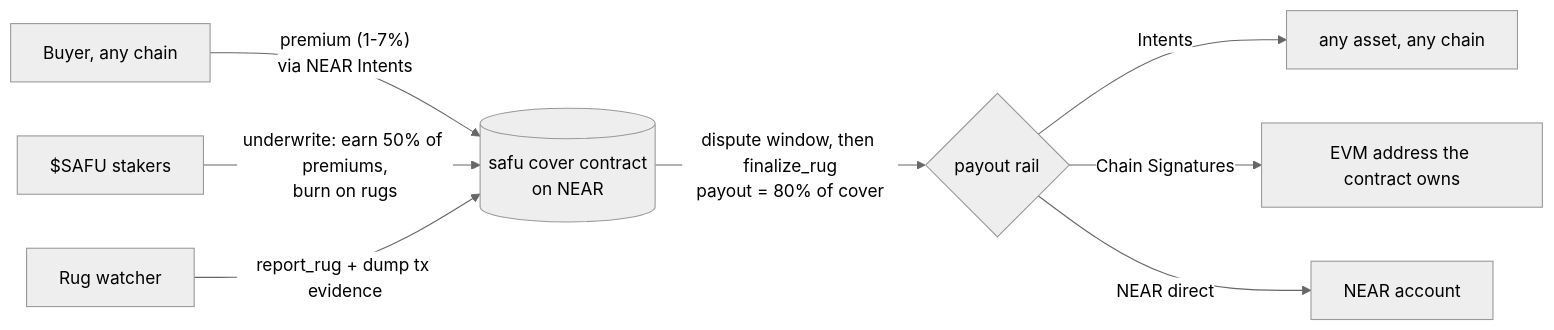
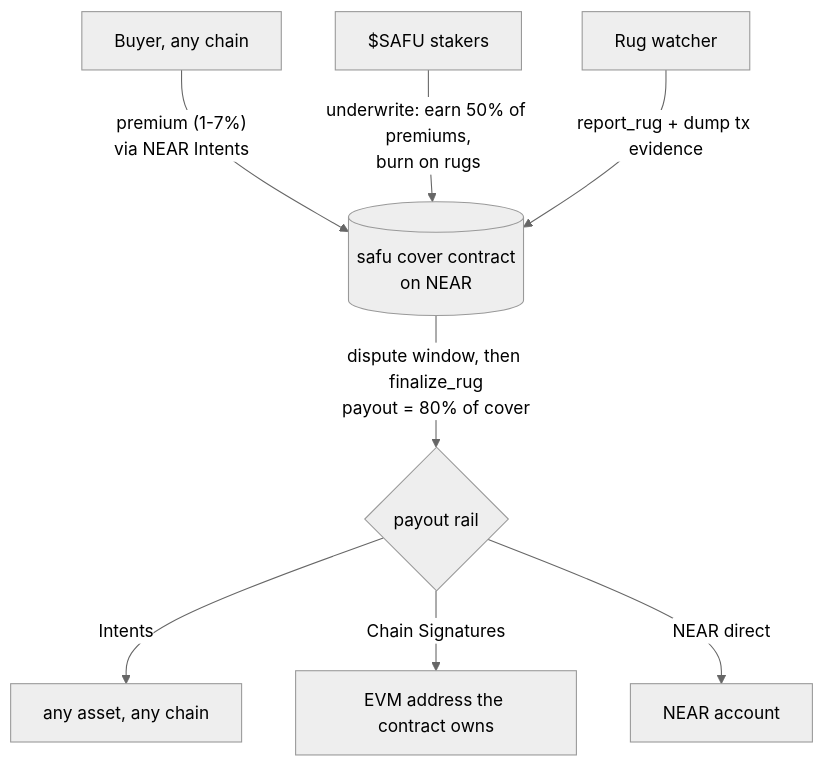
Before and after one commit to arko05roy/safu.fun: the diagram in README.md, drawn with Mermaid (neutral theme).

Commit message:
README: lay the How it works diagram out top to bottom so it reads at full size

````diff
--- a/README.md
+++ b/README.md
@@ -84,10 +84,10 @@
 ```mermaid
-flowchart LR
+flowchart TB
   B["Buyer, any chain"] -- "premium (1-7%)<br/>via NEAR Intents" --> C[("safu cover contract<br/>on NEAR")]
   S["$SAFU stakers"] -- "underwrite: earn 50% of premiums,<br/>burn on rugs" --> C
   W["Rug watcher"] -- "report_rug + dump tx evidence" --> C
   C -- "dispute window, then finalize_rug<br/>payout = 80% of cover" --> R{"payout rail"}
   R -- "Intents" --> X["any asset, any chain"]
   R -- "Chain Signatures" --> Y["EVM address the contract owns"]
   R -- "NEAR direct" --> Z["NEAR account"]
 ```
````
